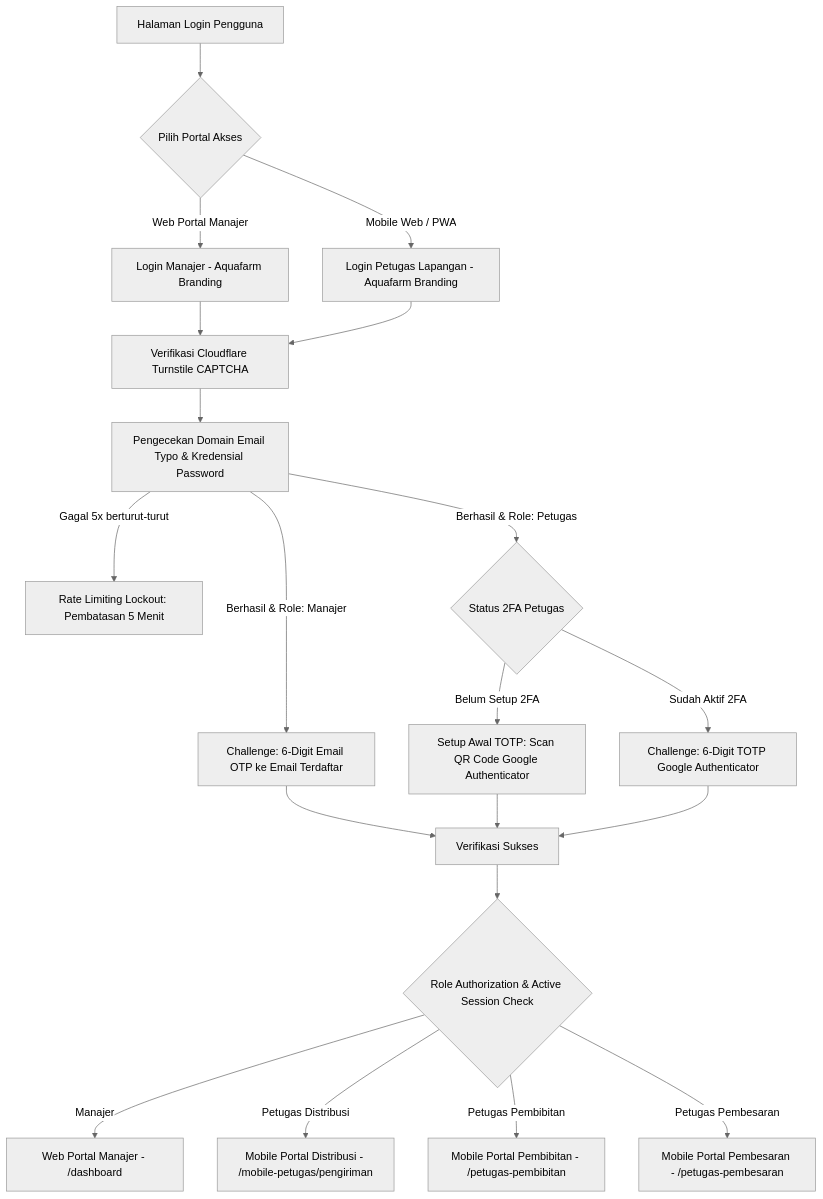
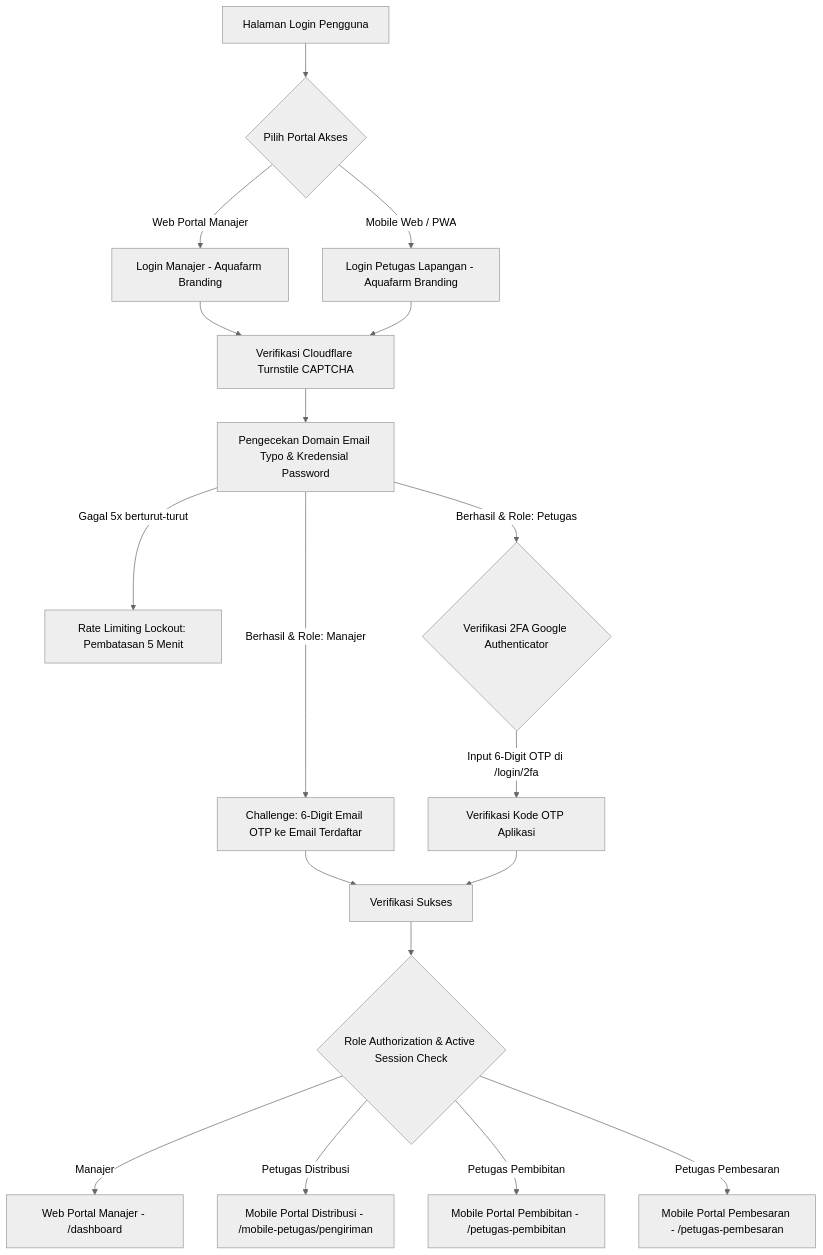
Before and after one commit to Adi-code18/SIM-budidaya: the first of 2 diagrams in PRD.md, drawn with Mermaid (neutral theme). The commit also changed other lines of this file and 68 other files, not shown here.

````diff
--- a/PRD.md
+++ b/PRD.md
@@ -32,29 +32,27 @@
 ```mermaid
 flowchart TD
     A[Halaman Login Pengguna] --> B{Pilih Portal Akses}
     
     B -->|Web Portal Manajer| C[Login Manajer - Aquafarm Branding]
     B -->|Mobile Web / PWA| D[Login Petugas Lapangan - Aquafarm Branding]
     
     C --> E[Verifikasi Cloudflare Turnstile CAPTCHA]
     D --> E
     
     E --> F[Pengecekan Domain Email Typo & Kredensial Password]
     
     F -->|Gagal 5x berturut-turut| G[Rate Limiting Lockout: Pembatasan 5 Menit]
     F -->|Berhasil & Role: Manajer| H[Challenge: 6-Digit Email OTP ke Email Terdaftar]
-    F -->|Berhasil & Role: Petugas| I{Status 2FA Petugas}
+    F -->|Berhasil & Role: Petugas| I{Verifikasi 2FA Google Authenticator}
     
-    I -->|Belum Setup 2FA| J[Setup Awal TOTP: Scan QR Code Google Authenticator]
-    I -->|Sudah Aktif 2FA| K[Challenge: 6-Digit TOTP Google Authenticator]
+    I -->|Input 6-Digit OTP di /login/2fa| K[Verifikasi Kode OTP Aplikasi]
     
     H --> L[Verifikasi Sukses]
-    J --> L
     K --> L
     
     L --> M{Role Authorization & Active Session Check}
     M -->|Manajer| N[Web Portal Manajer - /dashboard]
     M -->|Petugas Distribusi| O[Mobile Portal Distribusi - /mobile-petugas/pengiriman]
     M -->|Petugas Pembibitan| P[Mobile Portal Pembibitan - /petugas-pembibitan]
     M -->|Petugas Pembesaran| Q[Mobile Portal Pembesaran - /petugas-pembesaran]
 ```
````
